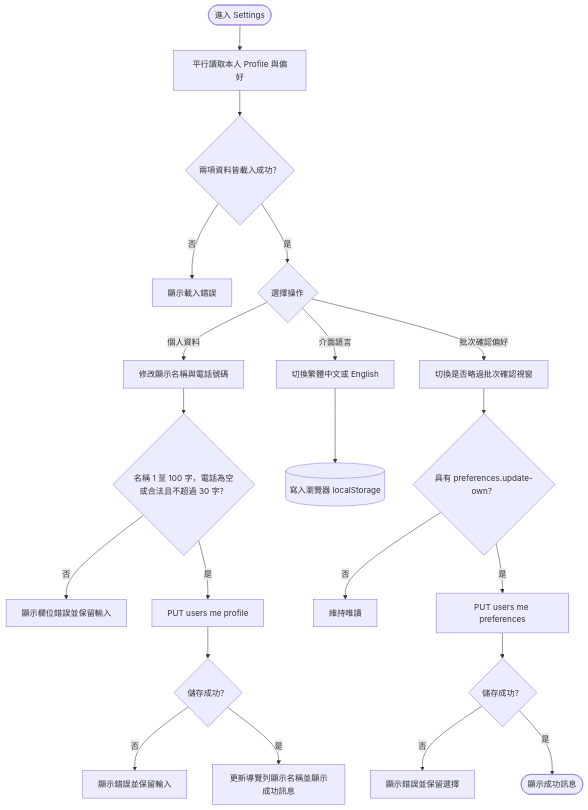
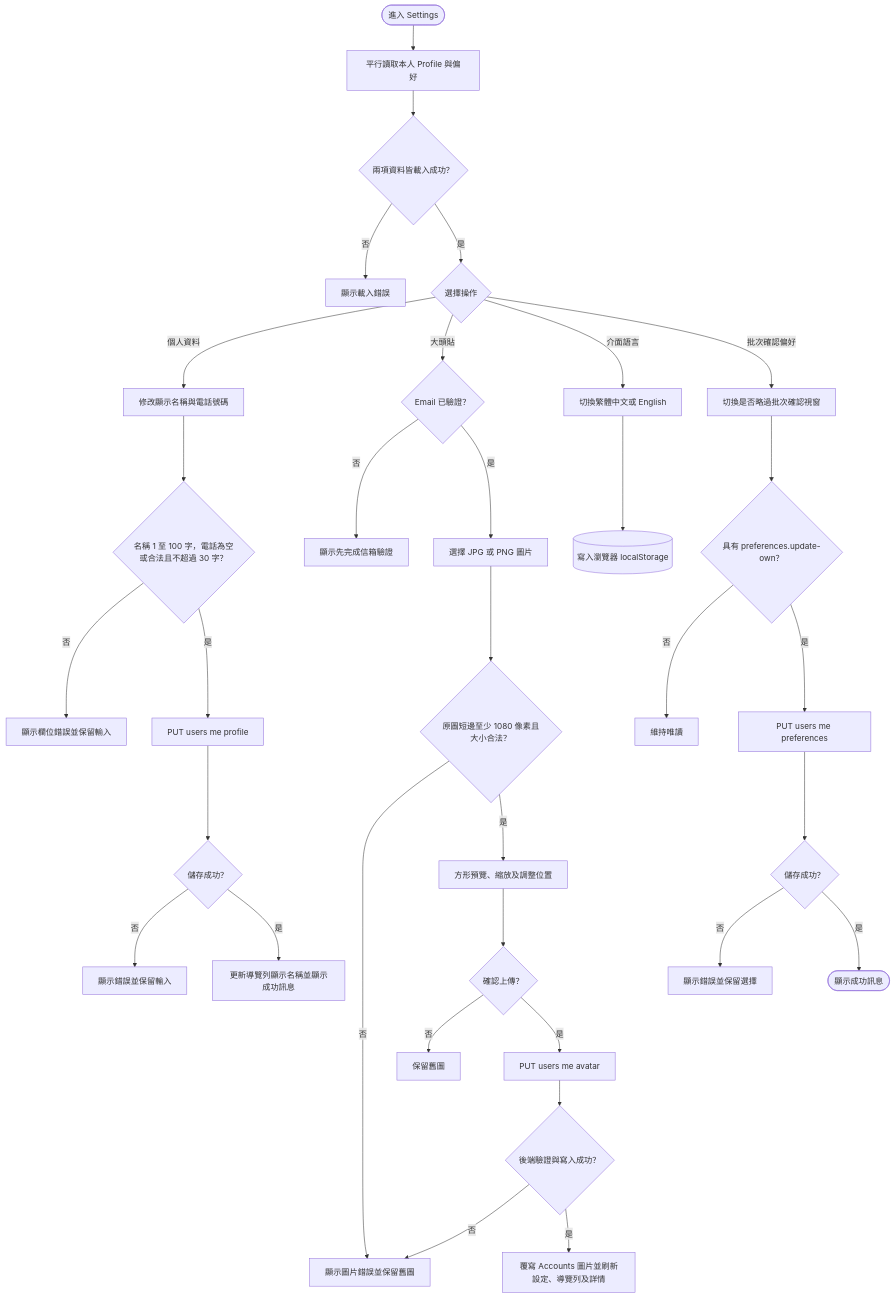
One commit to JJDing-Louis/ProjectManagementWeb_Spec changed the diagram in Flowchart/管理個人資料與偏好.md. Above: the diagram before and after it, drawn with Mermaid. The commit also changed other lines of this file and 5 other files, not shown here.

````diff
--- a/Flowchart/管理個人資料與偏好.md
+++ b/Flowchart/管理個人資料與偏好.md
@@ -3,23 +3,35 @@
 ```mermaid
 flowchart TB
     settingsStart([進入 Settings]) --> loadSettings[平行讀取本人 Profile 與偏好]
     loadSettings --> loadSucceeded{兩項資料皆載入成功？}
     loadSucceeded -->|否| showLoadError[顯示載入錯誤]
     loadSucceeded -->|是| chooseSettings{選擇操作}
     chooseSettings -->|個人資料| editProfile[修改顯示名稱與電話號碼]
     editProfile --> validateProfile{名稱 1 至 100 字，電話為空或合法且不超過 30 字？}
     validateProfile -->|否| showFieldErrors[顯示欄位錯誤並保留輸入]
     validateProfile -->|是| saveProfile[PUT users me profile]
     saveProfile --> profileSaved{儲存成功？}
     profileSaved -->|否| showProfileError[顯示錯誤並保留輸入]
     profileSaved -->|是| updateCurrentUser[更新導覽列顯示名稱並顯示成功訊息]
+    chooseSettings -->|大頭貼| emailVerified{Email 已驗證？}
+    emailVerified -->|否| showVerifyHint[顯示先完成信箱驗證]
+    emailVerified -->|是| selectImage[選擇 JPG 或 PNG 圖片]
+    selectImage --> imageValid{原圖短邊至少 1080 像素且大小合法？}
+    imageValid -->|否| showImageError[顯示圖片錯誤並保留舊圖]
+    imageValid -->|是| cropImage[方形預覽、縮放及調整位置]
+    cropImage --> confirmCrop{確認上傳？}
+    confirmCrop -->|否| keepAvatar[保留舊圖]
+    confirmCrop -->|是| uploadAvatar[PUT users me avatar]
+    uploadAvatar --> uploadSucceeded{後端驗證與寫入成功？}
+    uploadSucceeded -->|否| showImageError
+    uploadSucceeded -->|是| refreshAvatar[覆寫 Accounts 圖片並刷新設定、導覽列及詳情]
     chooseSettings -->|介面語言| changeLocale[切換繁體中文或 English]
     changeLocale --> saveLocale[(寫入瀏覽器 localStorage)]
     chooseSettings -->|批次確認偏好| changePreference[切換是否略過批次確認視窗]
     changePreference --> canUpdatePreference{具有 preferences.update-own？}
     canUpdatePreference -->|否| keepReadOnly[維持唯讀]
     canUpdatePreference -->|是| savePreference[PUT users me preferences]
     savePreference --> preferenceSaved{儲存成功？}
     preferenceSaved -->|否| showPreferenceError[顯示錯誤並保留選擇]
     preferenceSaved -->|是| showPreferenceSuccess([顯示成功訊息])
 ```
````
